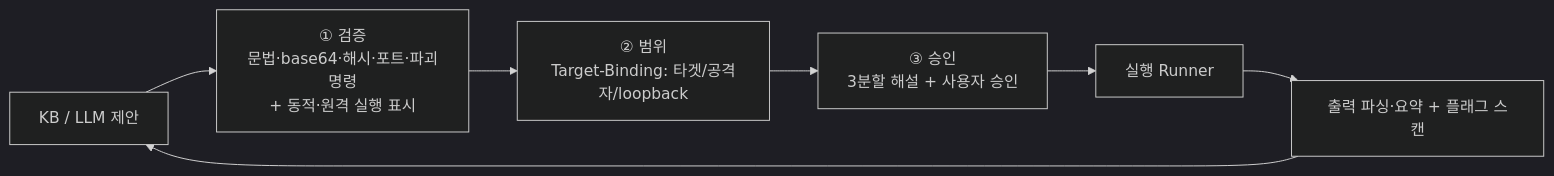
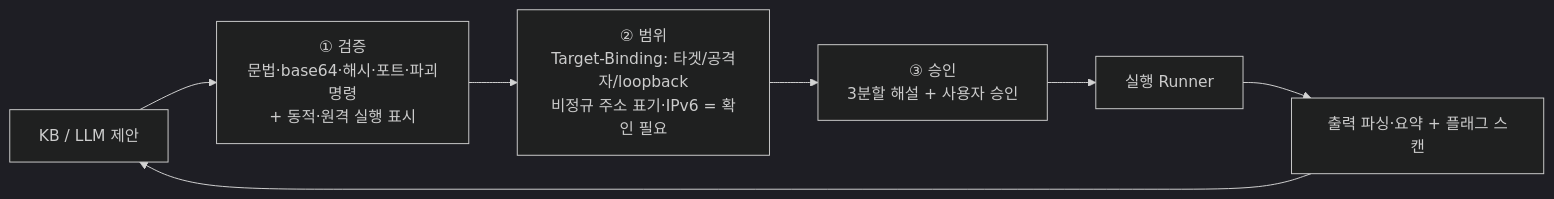
The second of 2 diagrams in htb-agent/docs/ARCHITECTURE.md (HyungJinKwon/Blog_Custom_Skin), drawn with Mermaid (dark theme) before and after one commit. The commit also changed other lines of this file and 3 other files, not shown here.

````diff
--- a/htb-agent/docs/ARCHITECTURE.md
+++ b/htb-agent/docs/ARCHITECTURE.md
@@ -62,9 +62,9 @@
 ```mermaid
 flowchart LR
   P[KB / LLM 제안] --> V[① 검증<br/>문법·base64·해시·포트·파괴명령<br/>+ 동적·원격 실행 표시]
-  V --> S[② 범위<br/>Target-Binding: 타겟/공격자/loopback]
+  V --> S[② 범위<br/>Target-Binding: 타겟/공격자/loopback<br/>비정규 주소 표기·IPv6 = 확인 필요]
   S --> A[③ 승인<br/>3분할 해설 + 사용자 승인]
   A --> X[실행 Runner]
   X --> O[출력 파싱·요약 + 플래그 스캔]
   O --> P
 ```
````
